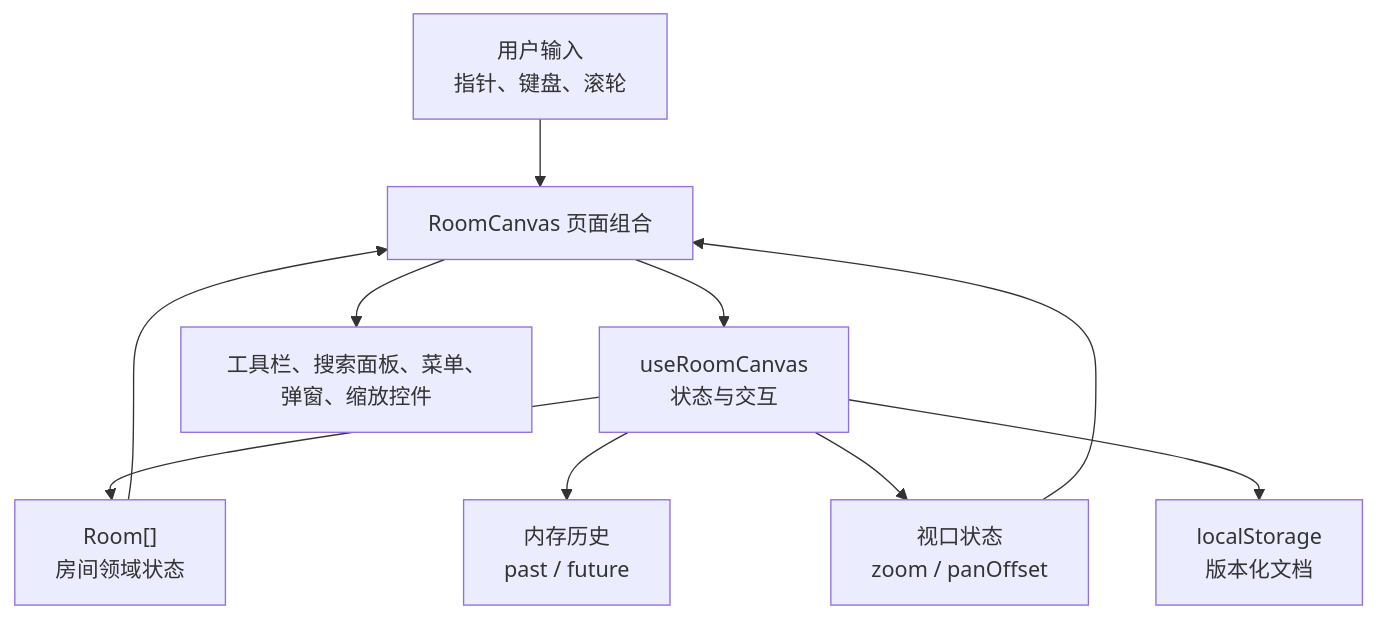
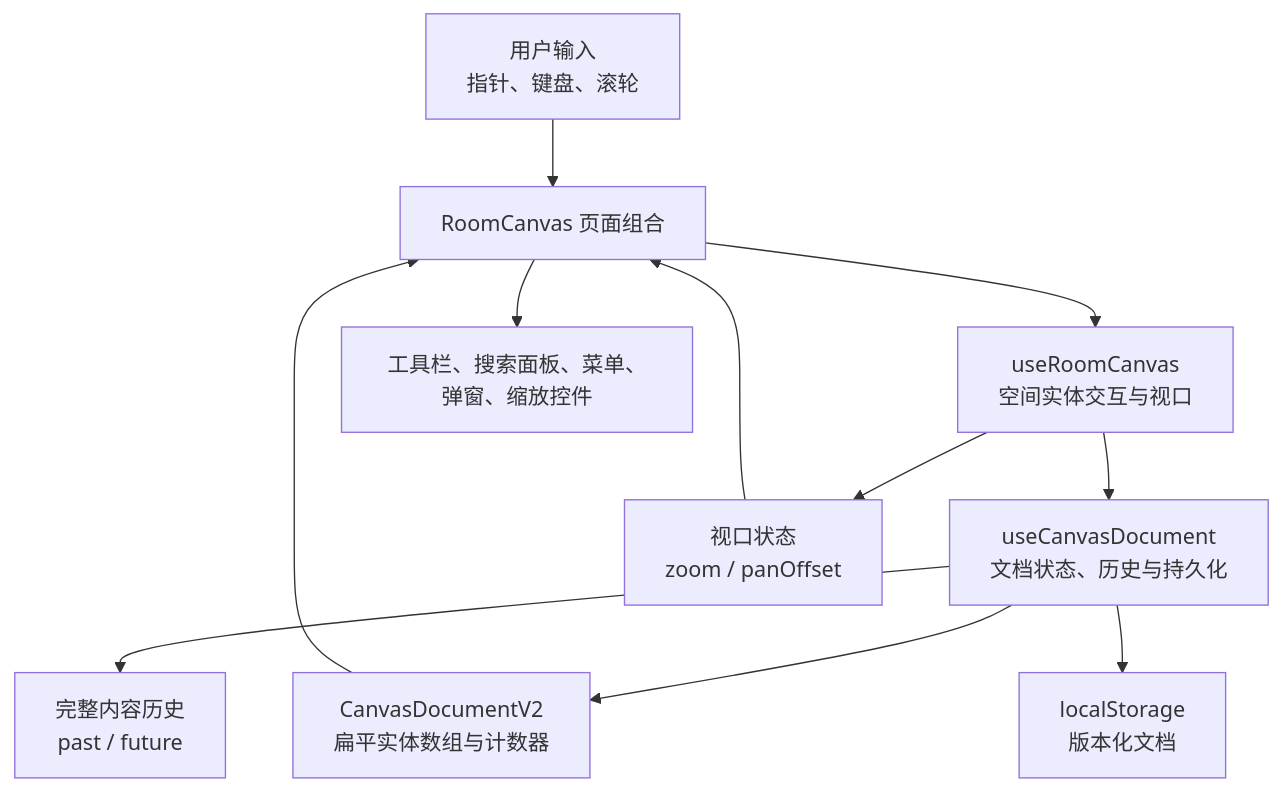
Before and after one commit to zhijian521/zhijian-hub: the first of 3 diagrams in docs/02-技术文档/01-架构设计文档.md, drawn with Mermaid. The commit also changed other lines of this file and 31 other files, not shown here.

````diff
--- a/docs/02-技术文档/01-架构设计文档.md
+++ b/docs/02-技术文档/01-架构设计文档.md
@@ -17,12 +17,13 @@
 ```mermaid
 flowchart TD
     User["用户输入<br/>指针、键盘、滚轮"] --> Page["RoomCanvas 页面组合"]
-    Page --> Hook["useRoomCanvas<br/>状态与交互"]
-    Hook --> Domain["Room[]<br/>房间领域状态"]
-    Hook --> History["内存历史<br/>past / future"]
-    Hook --> Viewport["视口状态<br/>zoom / panOffset"]
-    Hook --> Storage["localStorage<br/>版本化文档"]
+    Page --> RoomHook["useRoomCanvas<br/>空间实体交互与视口"]
+    RoomHook --> DocumentHook["useCanvasDocument<br/>文档状态、历史与持久化"]
+    RoomHook --> Viewport["视口状态<br/>zoom / panOffset"]
+    DocumentHook --> Domain["CanvasDocumentV2<br/>扁平实体数组与计数器"]
+    DocumentHook --> History["完整内容历史<br/>past / future"]
+    DocumentHook --> Storage["localStorage<br/>版本化文档"]
     Domain --> Page
     Viewport --> Page
     Page --> UI["工具栏、搜索面板、菜单、弹窗、缩放控件"]
 ```
````
